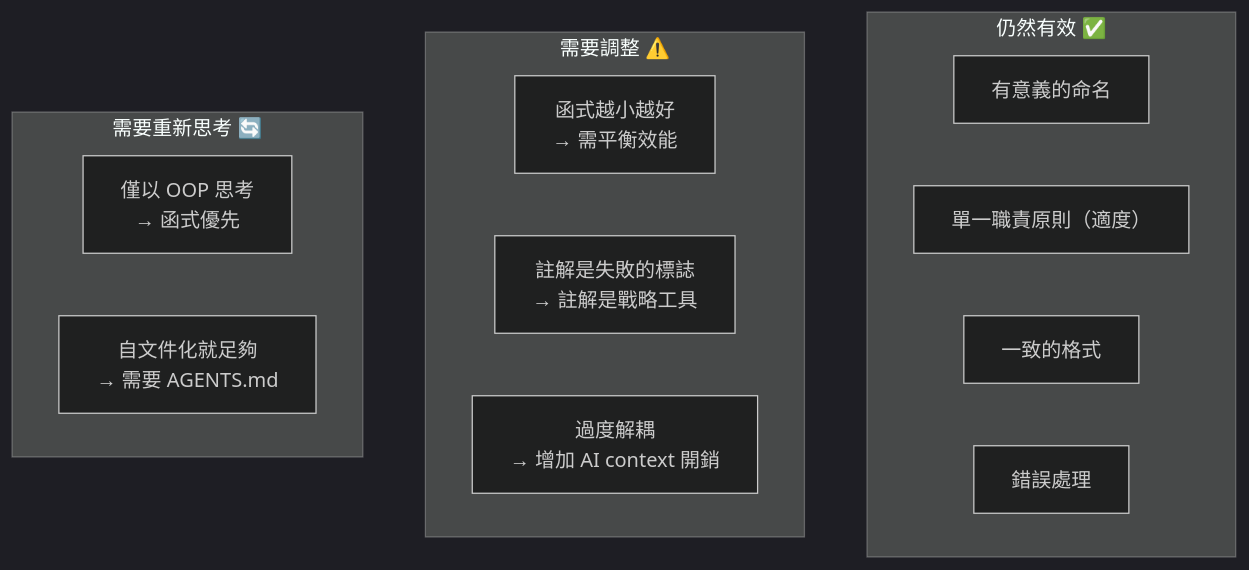
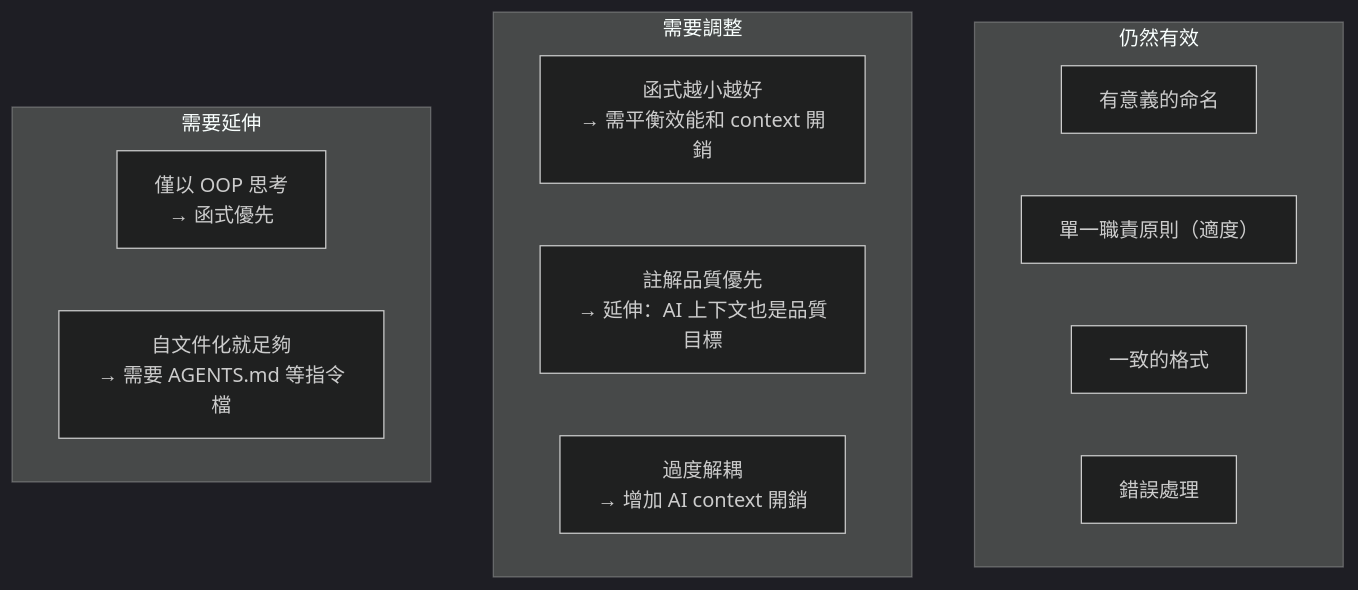
One commit to Muheng1992/symbiotic-engineering changed diagram 19 of 31 in docs/guides/ai-era-code-best-practices.md. Above: the diagram before and after it, drawn with Mermaid (dark theme). The commit also changed other lines of this file, not shown here.

````diff
--- a/docs/guides/ai-era-code-best-practices.md
+++ b/docs/guides/ai-era-code-best-practices.md
@@ -840,20 +849,20 @@
 ```mermaid
 graph TD
-    subgraph "仍然有效 ✅"
+    subgraph "仍然有效"
         V1["有意義的命名"]
         V2["單一職責原則（適度）"]
         V3["一致的格式"]
         V4["錯誤處理"]
     end
 
-    subgraph "需要調整 ⚠️"
-        W1["函式越小越好<br/>→ 需平衡效能"]
-        W2["註解是失敗的標誌<br/>→ 註解是戰略工具"]
+    subgraph "需要調整"
+        W1["函式越小越好<br/>→ 需平衡效能和 context 開銷"]
+        W2["註解品質優先<br/>→ 延伸：AI 上下文也是品質目標"]
         W3["過度解耦<br/>→ 增加 AI context 開銷"]
     end
 
-    subgraph "需要重新思考 🔄"
+    subgraph "需要延伸"
         X1["僅以 OOP 思考<br/>→ 函式優先"]
-        X2["自文件化就足夠<br/>→ 需要 AGENTS.md"]
+        X2["自文件化就足夠<br/>→ 需要 AGENTS.md 等指令檔"]
     end
 ```
````
